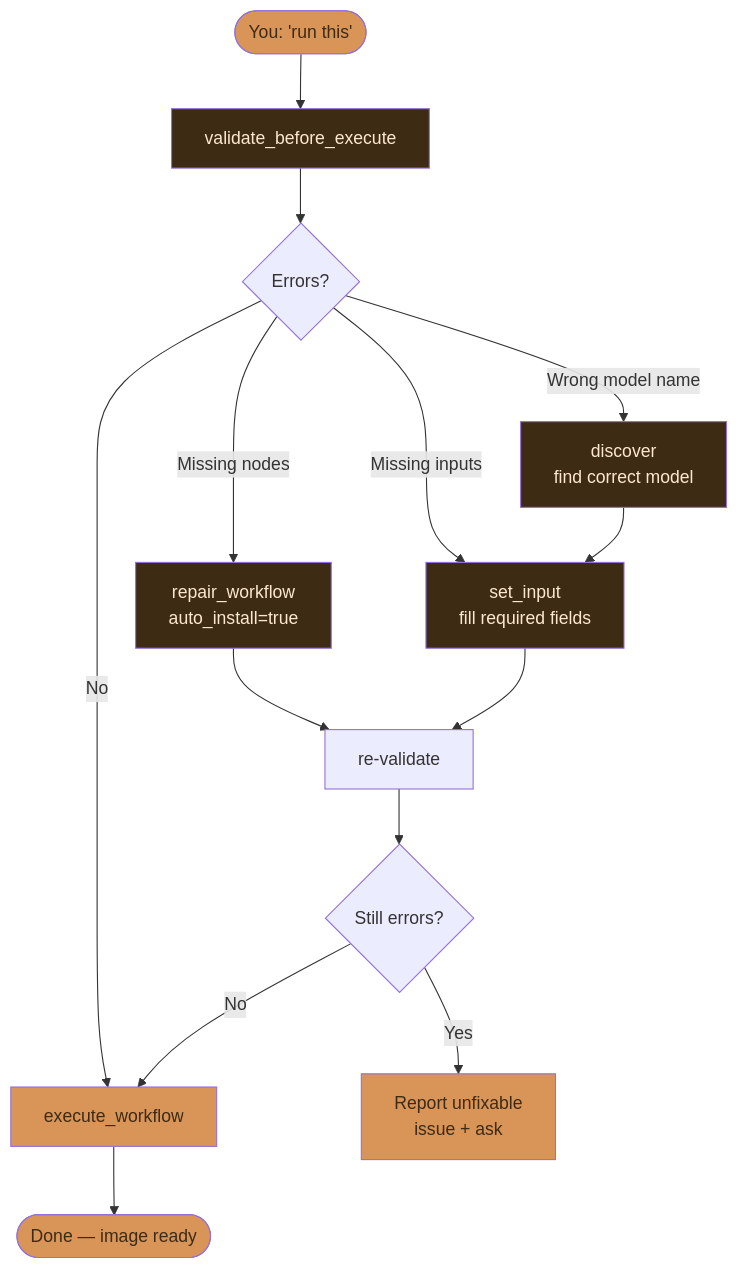
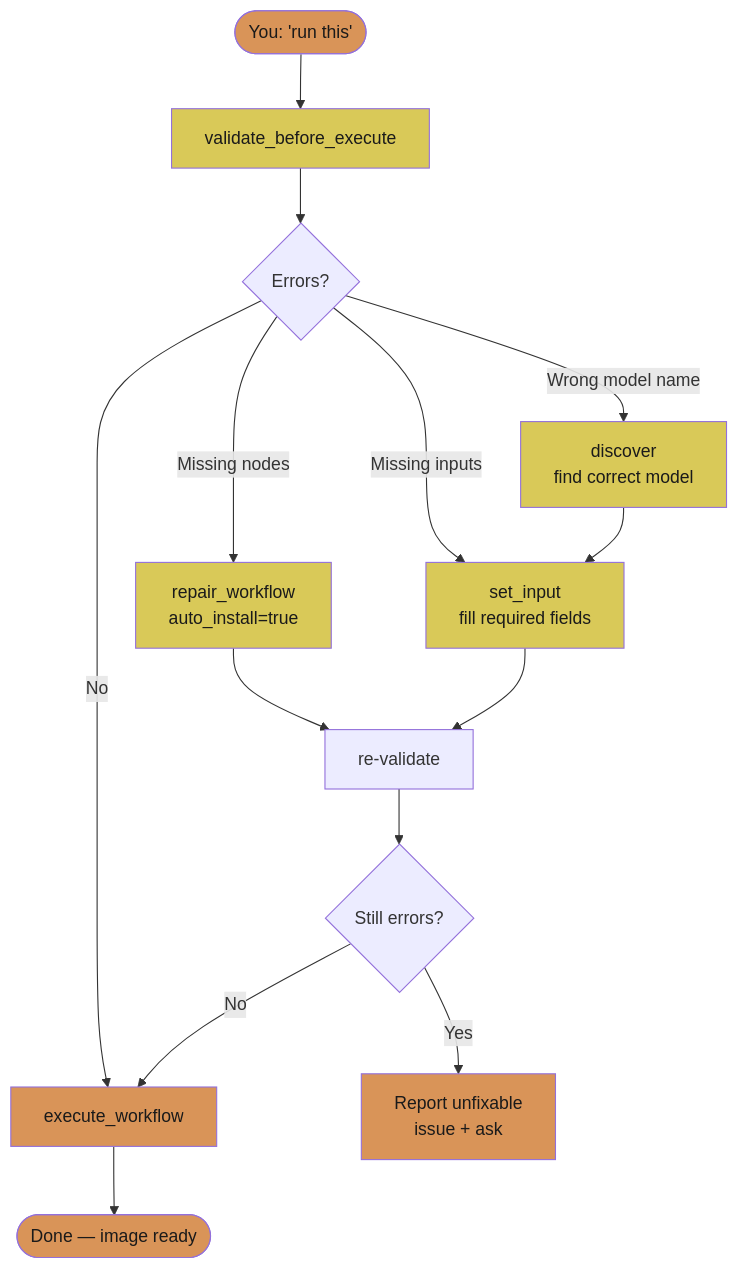
The eighth of 25 diagrams in README.md (JosephOIbrahim/Comfy-Cozy), drawn with Mermaid before and after one commit. The commit also changed other lines of this file, not shown here.

First line of the commit message:
[DOCS] Mermaid palette: two-tone muted orange/yellow with black text

````diff
--- a/README.md
+++ b/README.md
@@ -521,25 +521,25 @@
 ```mermaid
 flowchart TD
     Run(["You: 'run this'"]) --> Validate["validate_before_execute"]
     Validate --> Check{"Errors?"}
     Check -->|No| Execute["execute_workflow"]
     Check -->|"Missing nodes"| Repair["repair_workflow<br/>auto_install=true"]
     Check -->|"Missing inputs"| SetInput["set_input<br/>fill required fields"]
     Check -->|"Wrong model name"| Discover["discover<br/>find correct model"]
     Repair --> Revalidate["re-validate"]
     SetInput --> Revalidate
     Discover --> SetInput
     Revalidate --> Check2{"Still errors?"}
     Check2 -->|No| Execute
     Check2 -->|Yes| Report["Report unfixable<br/>issue + ask"]
     Execute --> Done(["Done — image ready"])
 
-    style Run fill:#d99458,color:#3d2b14
-    style Validate fill:#3d2b14,color:#fde8cf
-    style Repair fill:#3d2b14,color:#fde8cf
-    style SetInput fill:#3d2b14,color:#fde8cf
-    style Discover fill:#3d2b14,color:#fde8cf
-    style Execute fill:#d99458,color:#3d2b14
-    style Done fill:#d99458,color:#3d2b14
-    style Report fill:#d99458,color:#3d2b14
+    style Run fill:#d99458,color:#1a1a1a
+    style Validate fill:#d9c958,color:#1a1a1a
+    style Repair fill:#d9c958,color:#1a1a1a
+    style SetInput fill:#d9c958,color:#1a1a1a
+    style Discover fill:#d9c958,color:#1a1a1a
+    style Execute fill:#d99458,color:#1a1a1a
+    style Done fill:#d99458,color:#1a1a1a
+    style Report fill:#d99458,color:#1a1a1a
 ```
````
